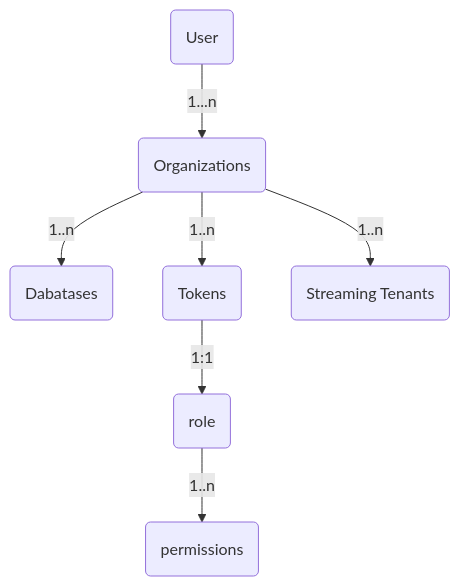
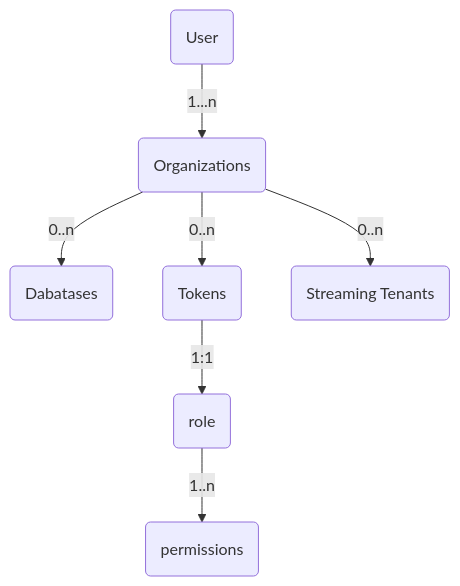
Before and after one commit to awesome-astra/docs: the diagram in docs/pages/astra/create-token.md, drawn with Mermaid.

````diff
--- a/docs/pages/astra/create-token.md
+++ b/docs/pages/astra/create-token.md
@@ -15,9 +15,9 @@
 ```mermaid
   graph TD
     USER(User) -->|1...n|ORG(Organizations)
-    ORG -->|1..n|DB(Dabatases)
-    ORG -->|1..n|TOKEN(Tokens)
-    ORG -->|1..n|STR(Streaming Tenants)
+    ORG -->|0..n|DB(Dabatases)
+    ORG -->|0..n|TOKEN(Tokens)
+    ORG -->|0..n|STR(Streaming Tenants)
     TOKEN-->|1:1|ROLE(role)
     ROLE-->|1..n|PERMISSIONS(permissions)
 ```
````
